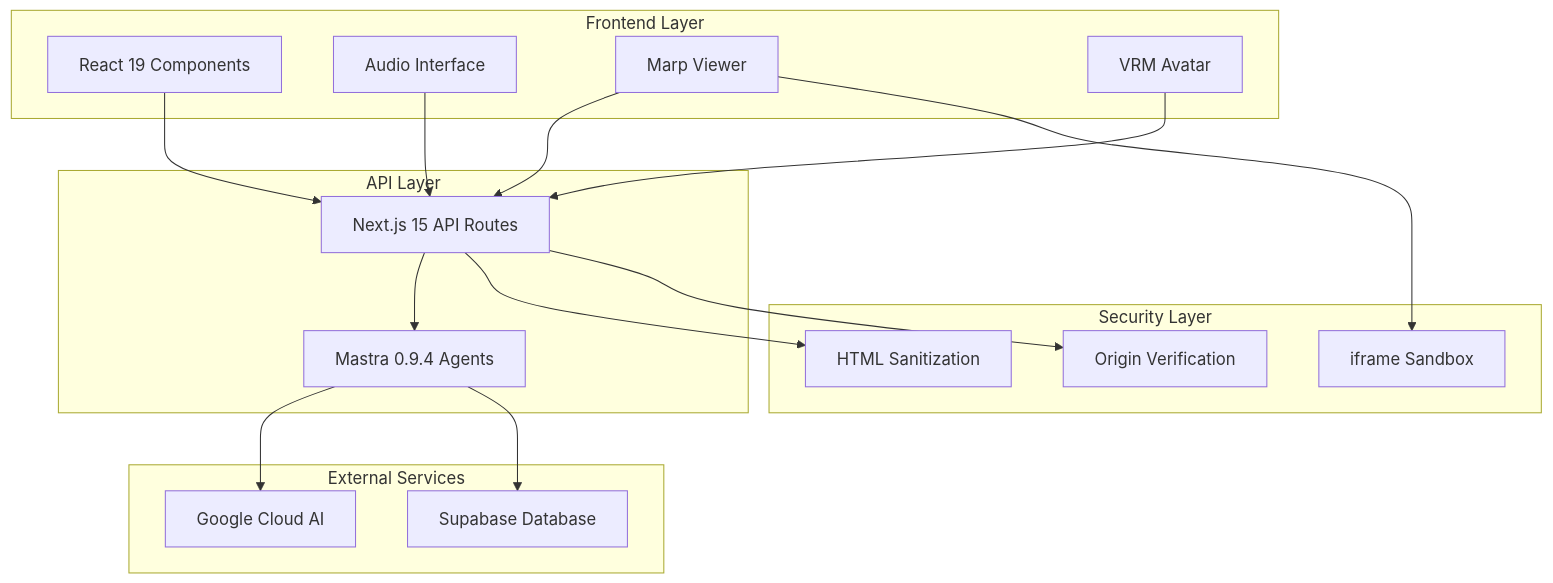
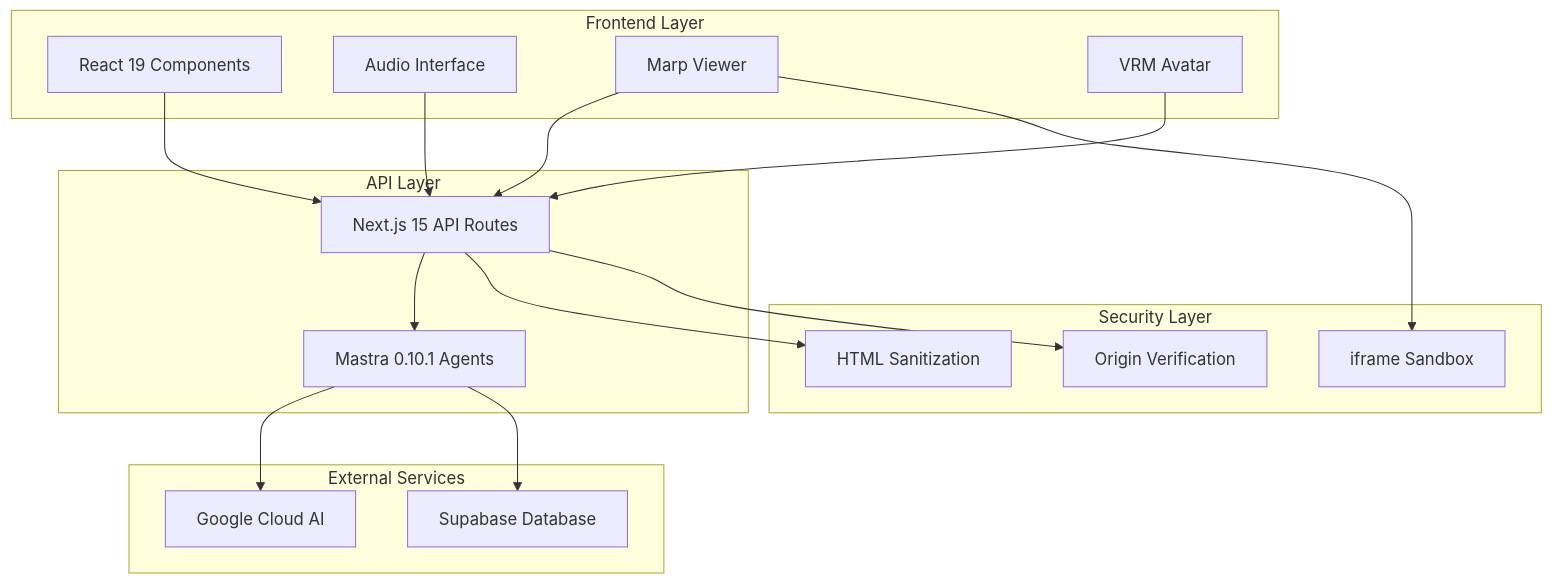
The diagram in docs/README.md (terisuke/engineer-cafe-navigator), drawn with Mermaid before and after one commit. The commit also changed 5 other files, not shown here.

````diff
--- a/docs/README.md
+++ b/docs/README.md
@@ -96,38 +96,38 @@
 ```mermaid
 graph TB
     subgraph "Frontend Layer"
         UI[React 19 Components]
         Voice[Audio Interface]
         Slides[Marp Viewer]
         Character[VRM Avatar]
     end
     
     subgraph "API Layer"
         API[Next.js 15 API Routes]
-        Mastra[Mastra 0.9.4 Agents]
+        Mastra[Mastra 0.10.1 Agents]
     end
     
     subgraph "External Services"
         Google[Google Cloud AI]
         Supabase[Supabase Database]
     end
     
     subgraph "Security Layer"
         XSS[HTML Sanitization]
         Origin[Origin Verification]
         Sandbox[iframe Sandbox]
     end
     
     UI --> API
     Voice --> API
     Slides --> API
     Character --> API
     
     API --> Mastra
     Mastra --> Google
     Mastra --> Supabase
     
     API --> XSS
     API --> Origin
     Slides --> Sandbox
 ```
````
